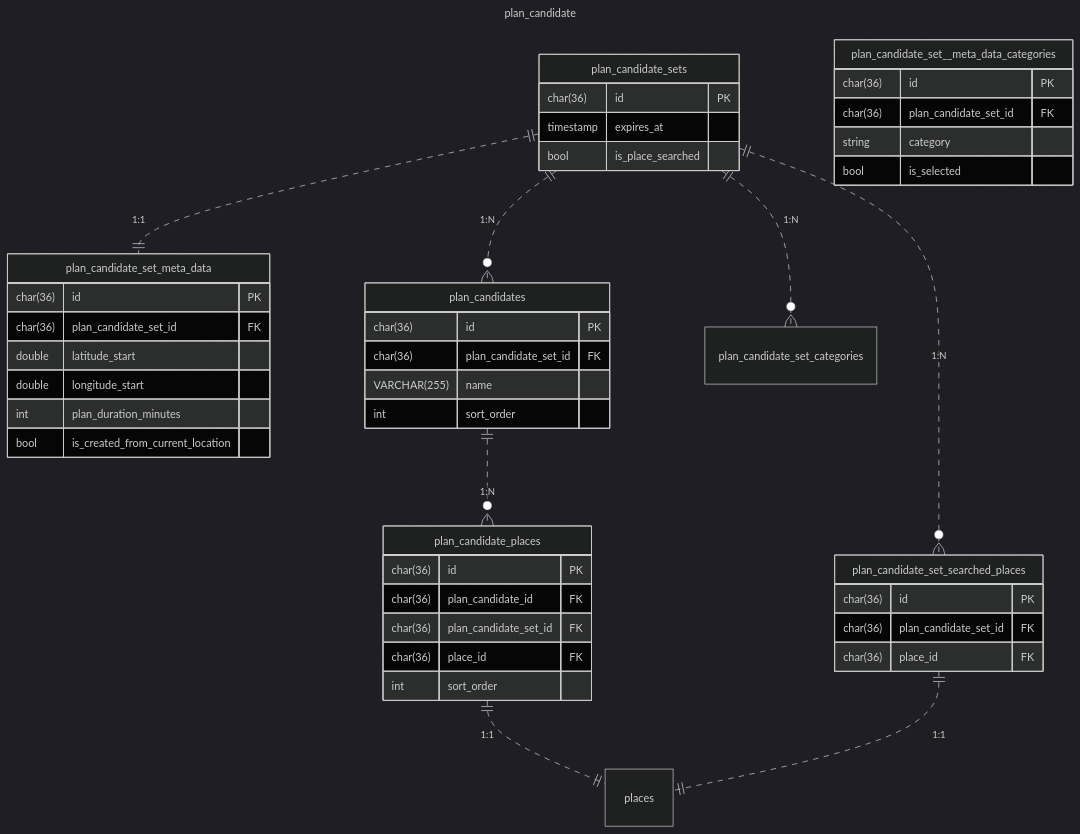
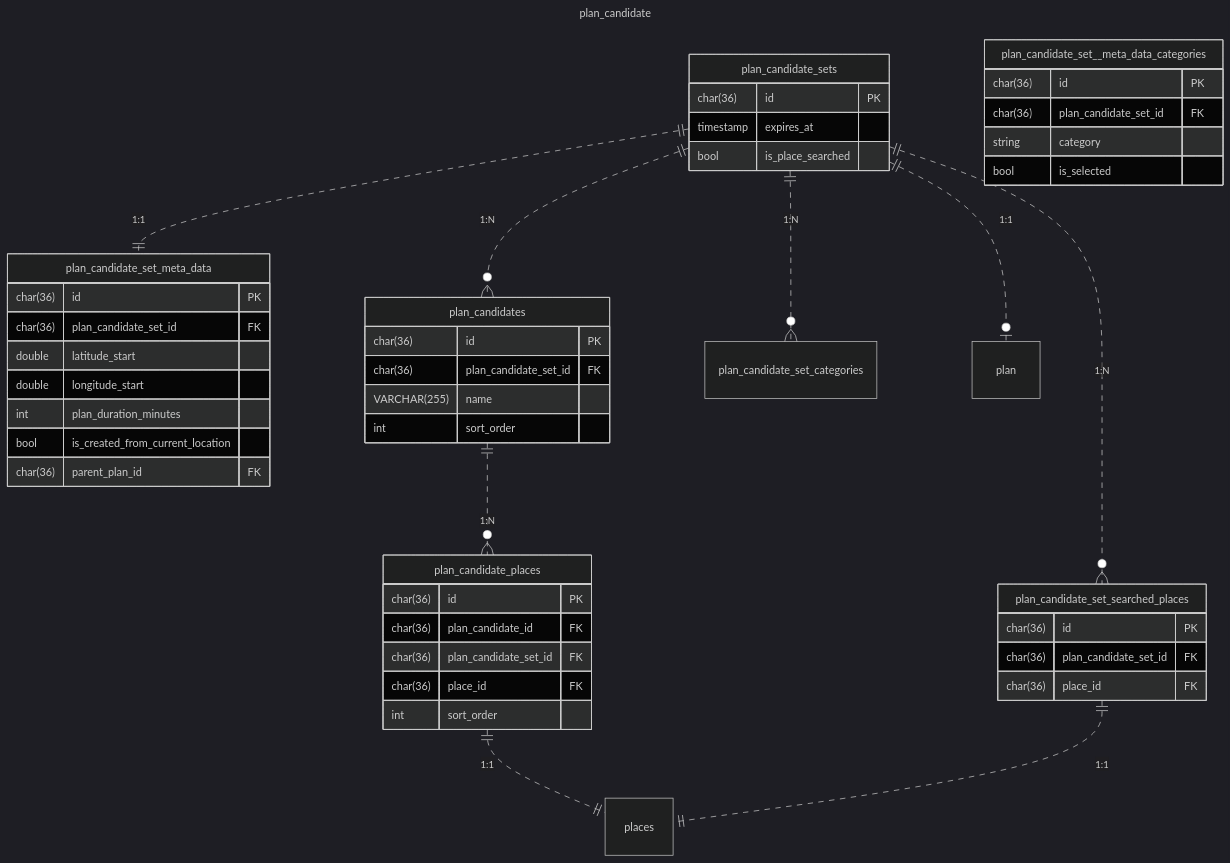
The fourth of 8 diagrams in doc/database/er.md (poroto-app/planner), drawn with Mermaid (dark theme) before and after one commit. The commit also changed other lines of this file and 6 other files, not shown here.

````diff
--- a/doc/database/er.md
+++ b/doc/database/er.md
@@ -128,56 +128,59 @@
 ```mermaid
 ---
 title: plan_candidate
 ---
 erDiagram
     plan_candidate_sets {
         char(36) id PK
         timestamp expires_at
         bool is_place_searched
     }
 
     plan_candidate_set_meta_data {
         char(36) id PK
         char(36) plan_candidate_set_id FK
         double latitude_start
         double longitude_start
         int plan_duration_minutes
         bool is_created_from_current_location
+        %%  もとになったプラン（カスタム元になったプラン等） 
+        char(36) parent_plan_id FK
     }
 
     plan_candidate_set_searched_places {
         char(36) id PK
         char(36) plan_candidate_set_id FK
         char(36) place_id FK
     }
 
     plan_candidate_set__meta_data_categories {
         char(36) id PK
         char(36) plan_candidate_set_id FK
         string category
         bool is_selected
     }
 
     plan_candidates {
         char(36) id PK
         char(36) plan_candidate_set_id FK
         VARCHAR(255) name
         int sort_order
     }
 
     plan_candidate_places {
         char(36) id PK
         char(36) plan_candidate_id FK
         char(36) plan_candidate_set_id FK
         char(36) place_id FK
         int sort_order
     }
 
     plan_candidate_sets ||..o{ plan_candidates: "1:N"
     plan_candidate_sets ||..|| plan_candidate_set_meta_data: "1:1"
     plan_candidate_sets ||..o{ plan_candidate_set_categories: "1:N"
     plan_candidate_sets ||..o{ plan_candidate_set_searched_places: "1:N"
+    plan_candidate_sets ||..o| plan: "1:1"
     plan_candidates ||..o{ plan_candidate_places: "1:N"
     plan_candidate_places ||..|| places: "1:1"
     plan_candidate_set_searched_places ||..|| places: "1:1"
 ```
````
